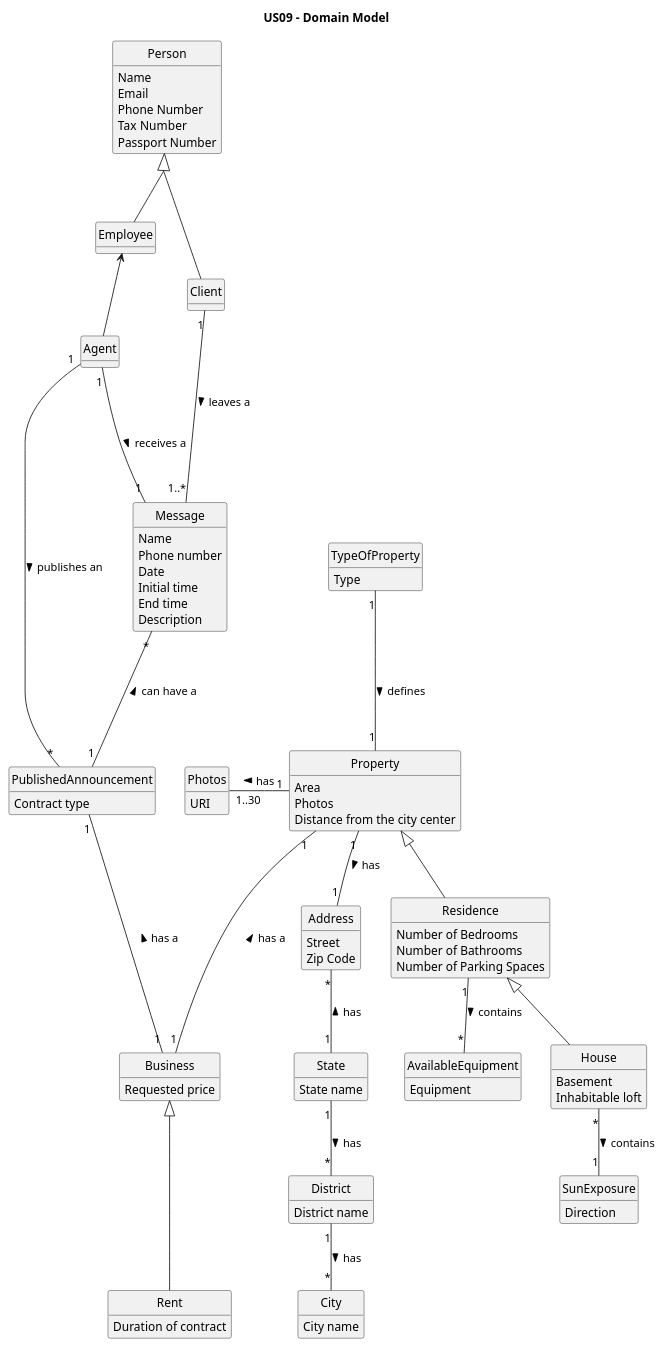
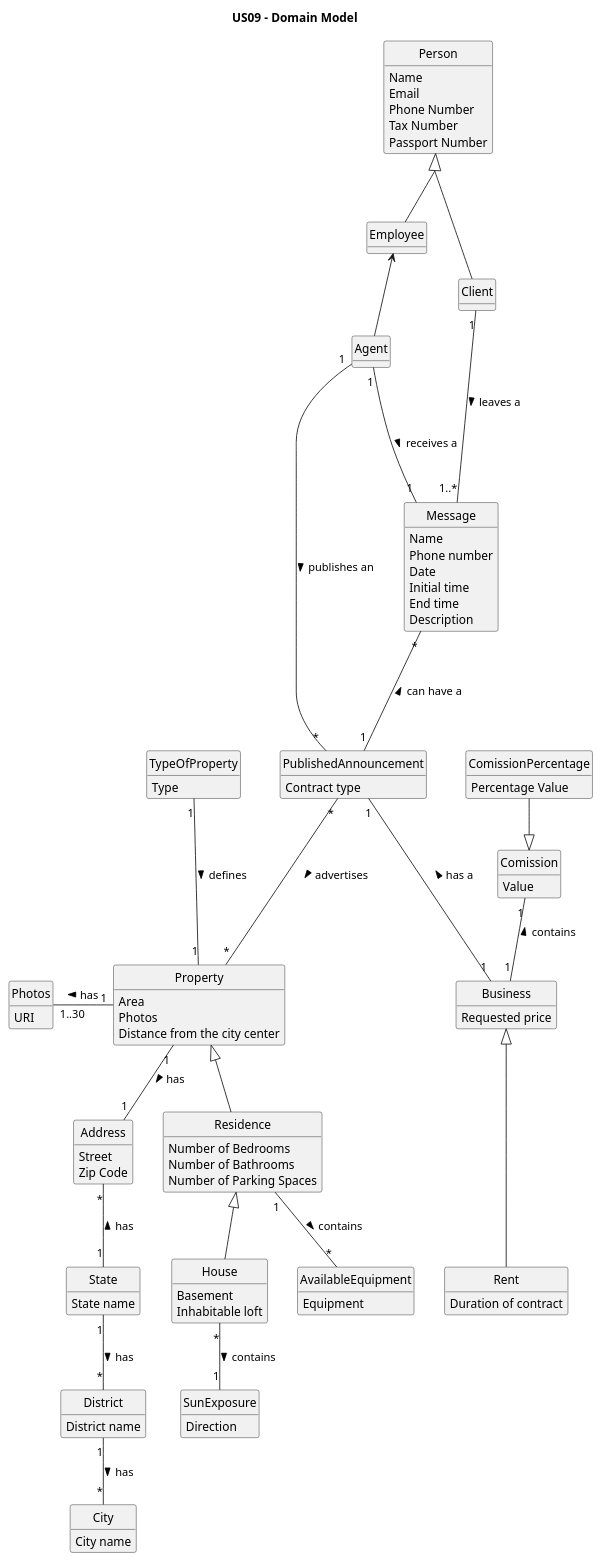
Before and after one commit to PureNimble/ISEP-LAPR2: the diagram in docs/sprintD/US09/02.analysis/puml/us09-domain-model.puml, drawn with PlantUML. The commit also changed 9 other files, not shown here.

First line of the commit message:
US09- Class diagram and domain module small update and added the updated svg

```diff
--- a/docs/sprintD/US09/02.analysis/puml/us09-domain-model.puml
+++ b/docs/sprintD/US09/02.analysis/puml/us09-domain-model.puml
@@ -1,141 +1,152 @@
 @startuml
 
 skinparam groupInheritance 2
 skinparam monochrome true
 skinparam packageStyle rectangle
 skinparam shadowing false
 'skinparam linetype ortho
 'left to right direction
 skinparam classAttributeIconSize 0
 hide circle
 hide methods
 
 title US09 - Domain Model
 
 class Address {
     Street
     Zip Code
 }
 
 class Person{
 Name
 Email
 Phone Number
 Tax Number
 Passport Number
 }
 
 class Employee{
+}
+class Comission {
+Value
+}
+'/
+
+class ComissionPercentage {
+Percentage Value
 }
 
 class City {
     City name
 }
 
 class District {
     District name
 }
 
 class State {
     State name
 }
 
 State "1" -down- "*" District: has >
 District "1" -down- "*" City: has >
 Address "*" -down- "1" State: has <
 
 
 class Client {
 
 }
 
 
 class Residence {
     Number of Bedrooms
     Number of Bathrooms
     Number of Parking Spaces
 }
 
 class Property {
     Area
     Photos
     Distance from the city center
 }
 
 class TypeOfProperty{
     Type
 }
 
 class Photos {
     URI
 }
 
 class House {
     Basement
     Inhabitable loft
 }
 
 class SunExposure {
     Direction
 }
 
 class AvailableEquipment {
     Equipment
 }
 
 Residence <|-down- House
 Property <|-down- Residence
 Property "1" -left-- "1..30" Photos: has >
 SunExposure "1" -up- "*" House: contains <
 Address "1" -up- "1" Property: has <
 AvailableEquipment "*" -up- "1" Residence: contains <
 TypeOfProperty "1" -down-- "1" Property: defines >
 
 
 class Rent {
     Duration of contract
 }
 
 class Business {
     Requested price
 }
 
 class PublishedAnnouncement {
     Contract type
 }
 
 
-Property "1" --- "1" Business: has a <
+PublishedAnnouncement "*" --- "*" Property: advertises >
 PublishedAnnouncement "1" --- "1" Business: has a <
 Business <|--- Rent
 
 class Message{
     Name
     Phone number
     Date
     Initial time
     End time
     Description
 }
 
 class Agent{
 }
 
 
 
 Message "*" --- "1" PublishedAnnouncement: can have a <
 Client "1" --- "1..*" Message: leaves a >
 Agent "1" --- "1" Message: receives a >
 Agent "1" --- "*" PublishedAnnouncement: publishes an >
 
 Person <|-- Employee
 Employee <-- Agent
 Person <|-- Client
 
 
+Comission "1" -- "1" Business : contains <
+ComissionPercentage  --|> Comission
+
 
 
 
 
 
 @enduml
```
